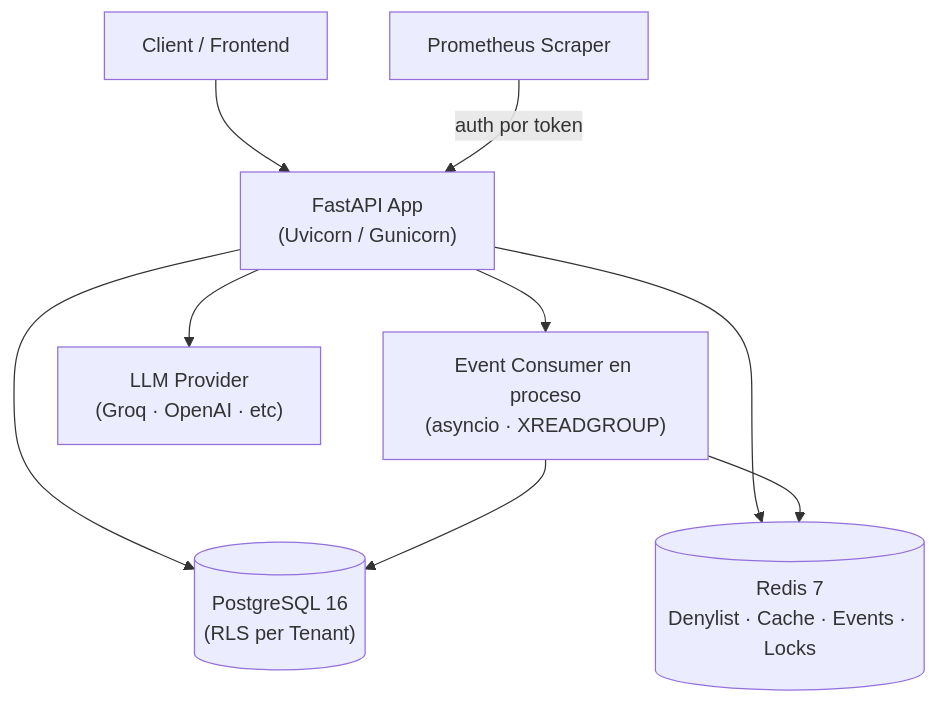
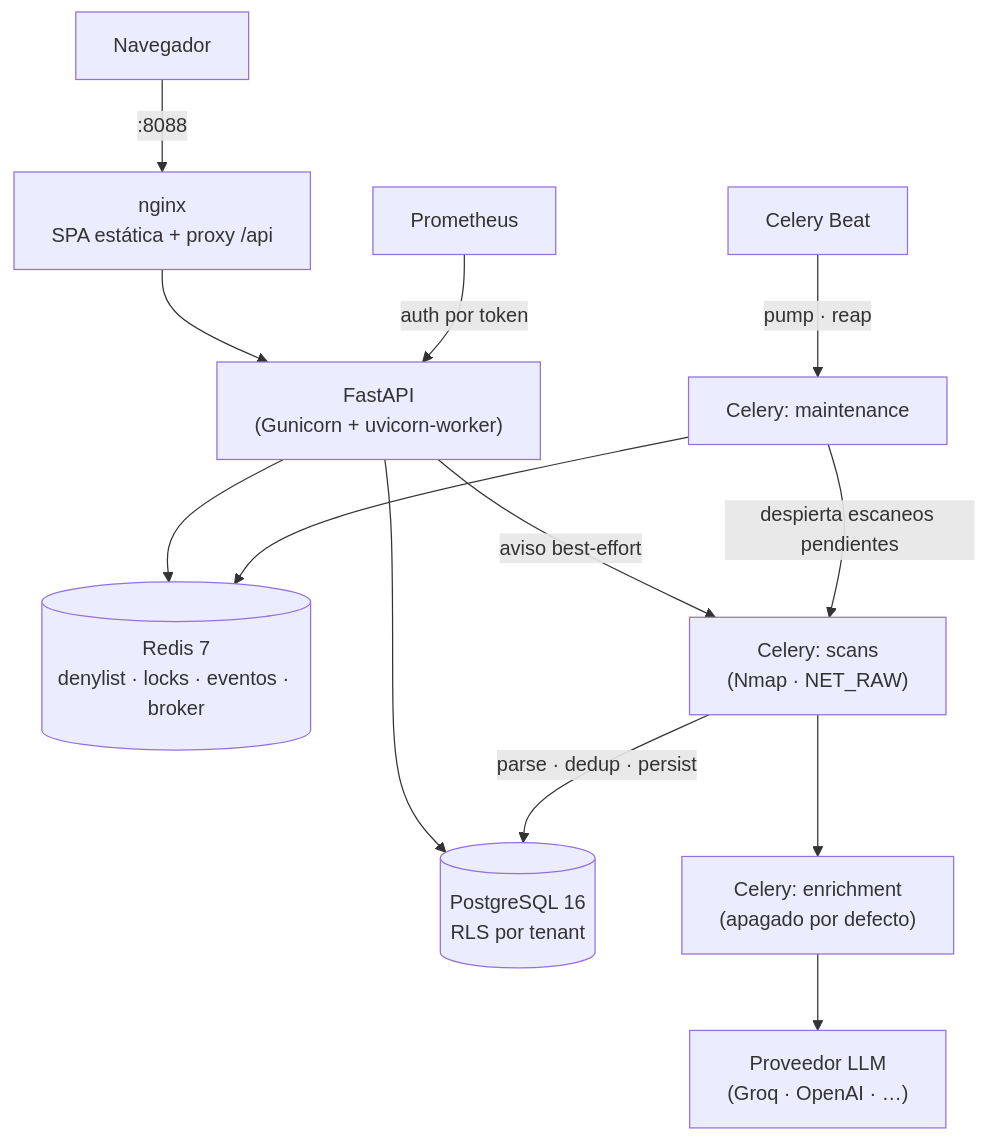
The first of 4 diagrams in README.es.md (Dani1lopez/soc360-pymes), drawn with Mermaid before and after one commit. The commit also changed other lines of this file and 19 other files, not shown here.

````diff
--- a/README.es.md
+++ b/README.es.md
@@ -58,11 +58,15 @@
 ```mermaid
 graph TB
-    Client["Client / Frontend"] --> API["FastAPI App<br/>(Uvicorn / Gunicorn)"]
-    API --> PG[("PostgreSQL 16<br/>(RLS per Tenant)")]
-    API --> Redis[("Redis 7<br/>Denylist · Cache · Events · Locks")]
-    API --> Consumer["Event Consumer en proceso<br/>(asyncio · XREADGROUP)"]
-    Consumer --> Redis
-    Consumer --> PG
-    API --> LLM["LLM Provider<br/>(Groq · OpenAI · etc)"]
-    Scraper["Prometheus Scraper"] -->|auth por token| API
+    Browser["Navegador"] -->|:8088| Nginx["nginx<br/>SPA estática + proxy /api"]
+    Nginx --> API["FastAPI<br/>(Gunicorn + uvicorn-worker)"]
+    API --> PG[("PostgreSQL 16<br/>RLS por tenant")]
+    API --> Redis[("Redis 7<br/>denylist · locks · eventos · broker")]
+    API -->|aviso best-effort| Worker["Celery: scans<br/>(Nmap · NET_RAW)"]
+    Beat["Celery Beat"] -->|pump · reap| Maintenance["Celery: maintenance"]
+    Maintenance -->|despierta escaneos pendientes| Worker
+    Maintenance --> Redis
+    Worker -->|parse · dedup · persist| PG
+    Worker --> Enrichment["Celery: enrichment<br/>(apagado por defecto)"]
+    Enrichment --> LLM["Proveedor LLM<br/>(Groq · OpenAI · …)"]
+    Scraper["Prometheus"] -->|auth por token| API
 ```
````
